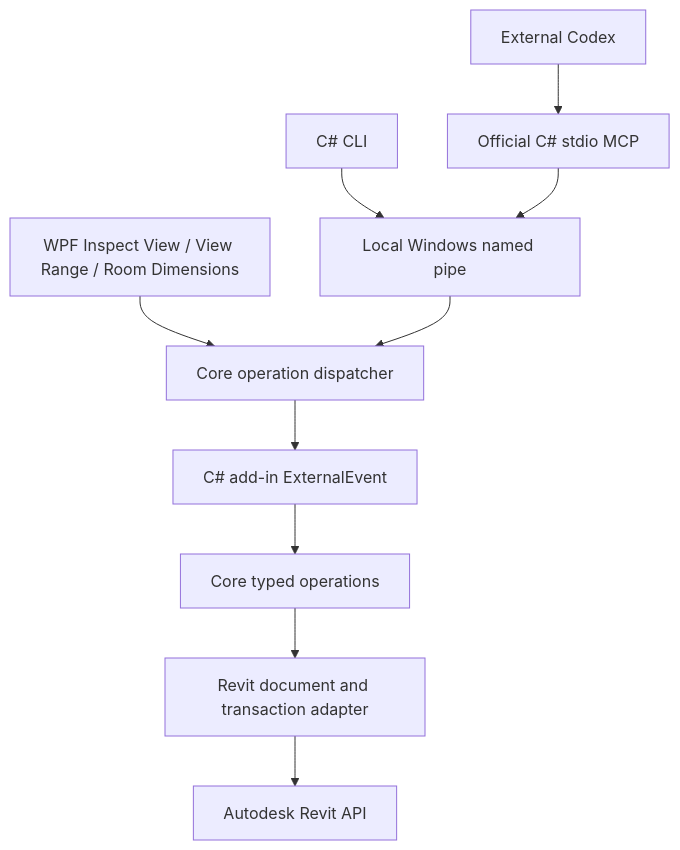
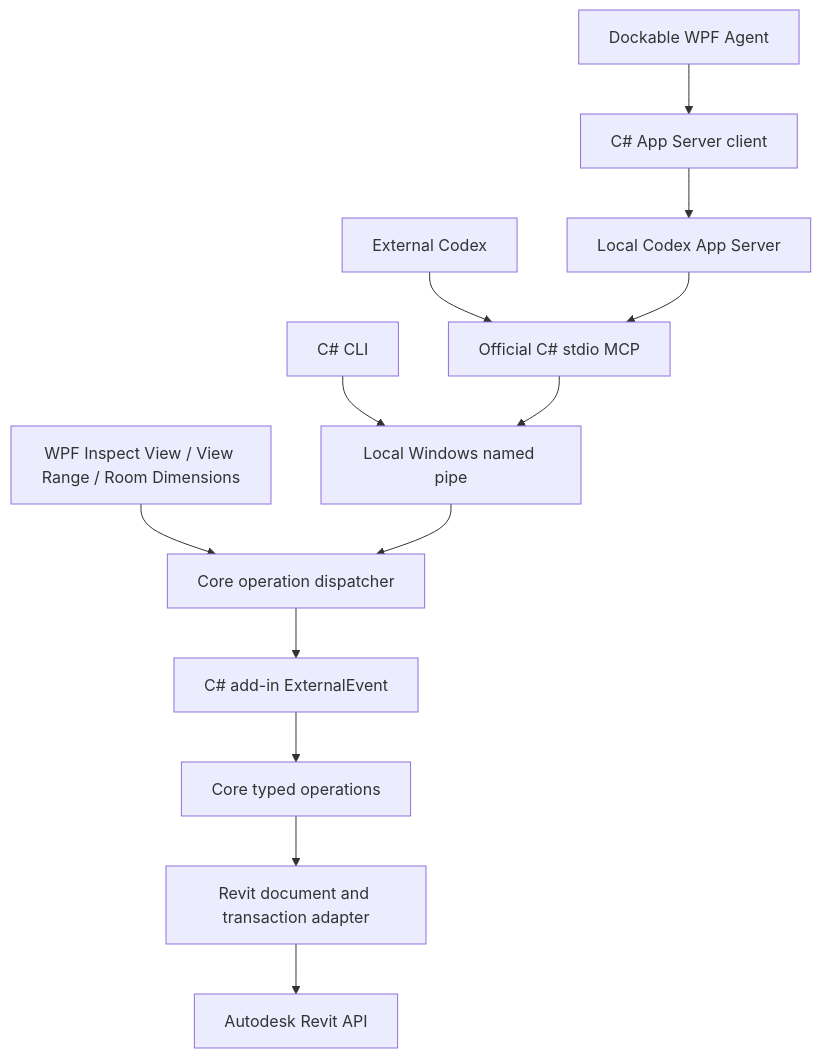
The diagram in docs/ARCHITECTURE.md (scwlkr/RevitThyme), drawn with Mermaid before and after one commit. The commit also changed other lines of this file and 41 other files, not shown here.

Commit message:
Add dockable Codex Agent with sessions, skills and pinned Revit MCP

````diff
--- a/docs/ARCHITECTURE.md
+++ b/docs/ARCHITECTURE.md
@@ -5,12 +5,15 @@
 ```mermaid
 flowchart TD
     UI[WPF Inspect View / View Range / Room Dimensions] --> Queue[Core operation dispatcher]
     CLI[C# CLI] --> Pipe[Local Windows named pipe]
     Codex[External Codex] --> MCP[Official C# stdio MCP]
+    Panel[Dockable WPF Agent] --> Client[C# App Server client]
+    Client --> Runtime[Local Codex App Server]
+    Runtime --> MCP
     MCP --> Pipe
     Pipe --> Queue
     Queue --> Event[C# add-in ExternalEvent]
     Event --> Ops[Core typed operations]
     Ops --> Adapter[Revit document and transaction adapter]
     Adapter --> Revit[Autodesk Revit API]
 ```
````
